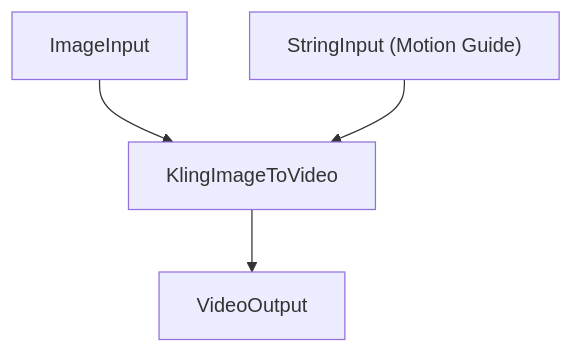
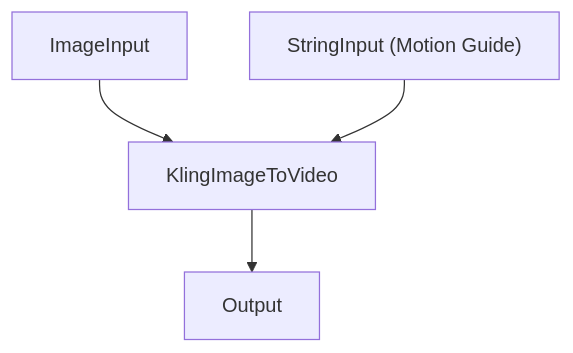
One commit to nodetool-ai/nodetool changed diagram 13 of 17 in docs/cookbook/patterns.md. Above: the diagram before and after it, drawn with Mermaid. The commit also changed other lines of this file and 24 other files, not shown here.

```diff
--- a/docs/cookbook/patterns.md
+++ b/docs/cookbook/patterns.md
@@ -458,10 +458,10 @@
 {% mermaid %}
 graph TD
   image_input["ImageInput"]
   string_input["StringInput (Motion Guide)"]
-  video_output["VideoOutput"]
+  output["Output"]
   kling_image_to_video["KlingImageToVideo"]
   image_input --> kling_image_to_video
   string_input --> kling_image_to_video
-  kling_image_to_video --> video_output
+  kling_image_to_video --> output
 {% endmermaid %}
```
